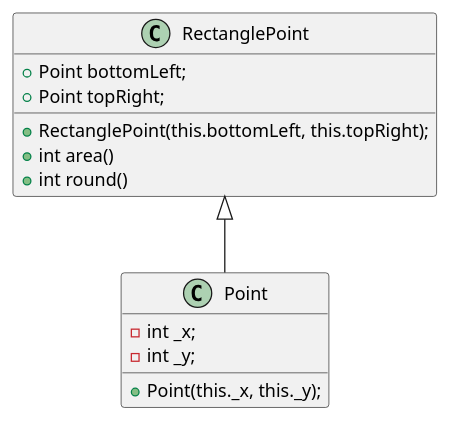
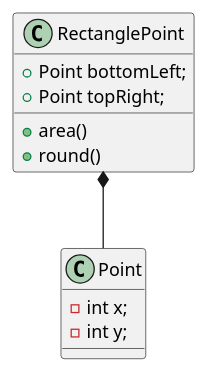
The diagram in lib/240312/rectangle/rectangle.plantuml (orm-camp-flutter-2ki/learn_dart_together), drawn with PlantUML before and after one commit. The commit also changed 4 other files, not shown here.

Commit message:
fix : uml 수정

```diff
--- a/lib/240312/rectangle/rectangle.plantuml
+++ b/lib/240312/rectangle/rectangle.plantuml
@@ -1,20 +1,18 @@
 @startuml Rectangle
 
 class RectanglePoint {
   +Point bottomLeft;
   +Point topRight;
 
-  +RectanglePoint(this.bottomLeft, this.topRight);
-  +int area()
-  +int round()
+  +area()
+  +round()
   
 }
 
 class Point {
-  -int _x;
-  -int _y;
+  -int x;
+  -int y;
 
-  +Point(this._x, this._y);
 }
-RectanglePoint <|-- Point
+RectanglePoint *-- Point
 @enduml
```
